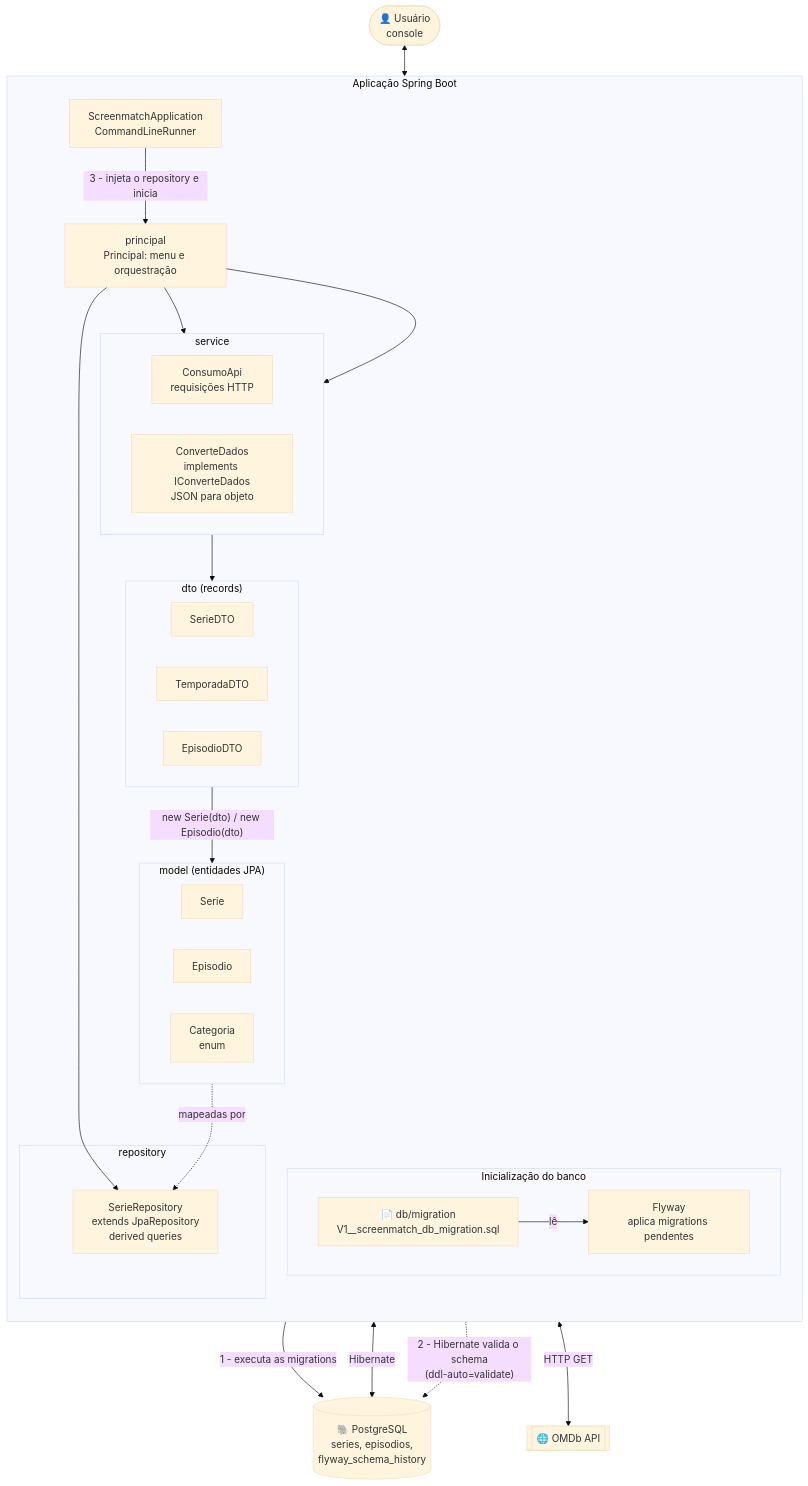
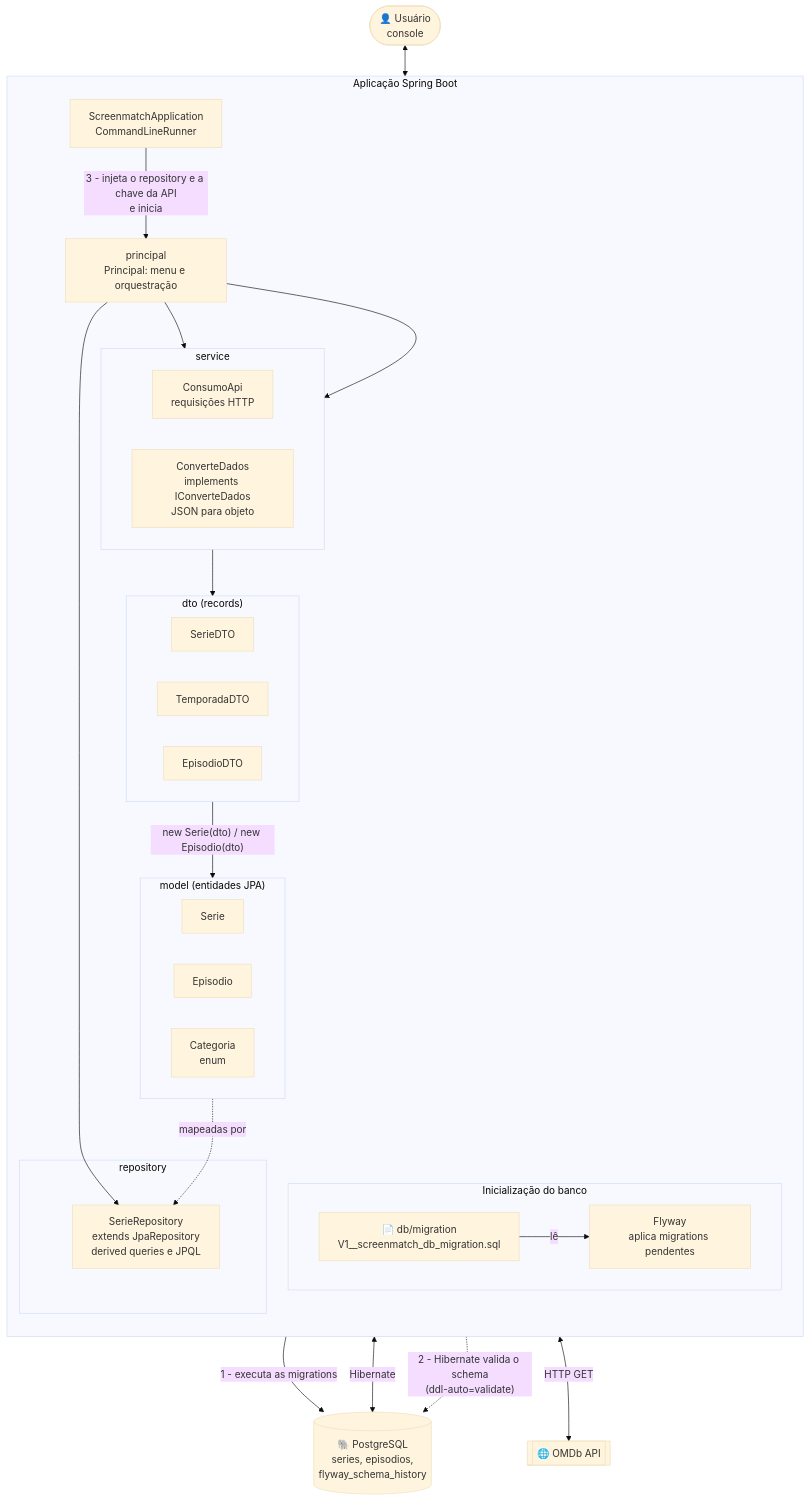
Before and after one commit to IgorPedrol/Screenmatch: the first of 8 diagrams in README.md, drawn with Mermaid (base theme). The commit also changed other lines of this file, not shown here.

````diff
--- a/README.md
+++ b/README.md
@@ -91,59 +97,59 @@
 ```mermaid
 flowchart TB
     U(["👤 Usuário<br/>console"])
 
     subgraph APP["Aplicação Spring Boot"]
         direction TB
 
         subgraph INIT["Inicialização do banco"]
             direction LR
             MIG["📄 db/migration<br/>V1__screenmatch_db_migration.sql"]
             FW["Flyway<br/>aplica migrations pendentes"]
         end
 
         MAIN["ScreenmatchApplication<br/>CommandLineRunner"]
         P["principal<br/>Principal: menu e orquestração"]
 
         subgraph SVC["service"]
             direction LR
             CA["ConsumoApi<br/>requisições HTTP"]
             CD["ConverteDados<br/>implements IConverteDados<br/>JSON para objeto"]
         end
 
         subgraph DTO["dto (records)"]
             direction LR
             D1["SerieDTO"]
             D2["TemporadaDTO"]
             D3["EpisodioDTO"]
         end
 
         subgraph MDL["model (entidades JPA)"]
             direction LR
             M1["Serie"]
             M2["Episodio"]
             M3["Categoria<br/>enum"]
         end
 
         subgraph REPO["repository"]
-            R1["SerieRepository<br/>extends JpaRepository<br/>derived queries"]
+            R1["SerieRepository<br/>extends JpaRepository<br/>derived queries e JPQL"]
         end
     end
 
     DB[("🐘 PostgreSQL<br/>series, episodios,<br/>flyway_schema_history")]
     API[["🌐 OMDb API"]]
 
     MIG -->|"lê"| FW
     FW -->|"1 - executa as migrations"| DB
     MDL -.->|"2 - Hibernate valida o schema<br/>(ddl-auto=validate)"| DB
-    MAIN -->|"3 - injeta o repository e inicia"| P
+    MAIN -->|"3 - injeta o repository e a chave da API<br/>e inicia"| P
 
     U <--> P
     P --> CA
     CA <-->|"HTTP GET"| API
     P --> CD
     CD --> DTO
     DTO -->|"new Serie(dto) / new Episodio(dto)"| MDL
     P --> R1
     R1 <-->|"Hibernate"| DB
     MDL -.->|"mapeadas por"| R1
 ```
````
